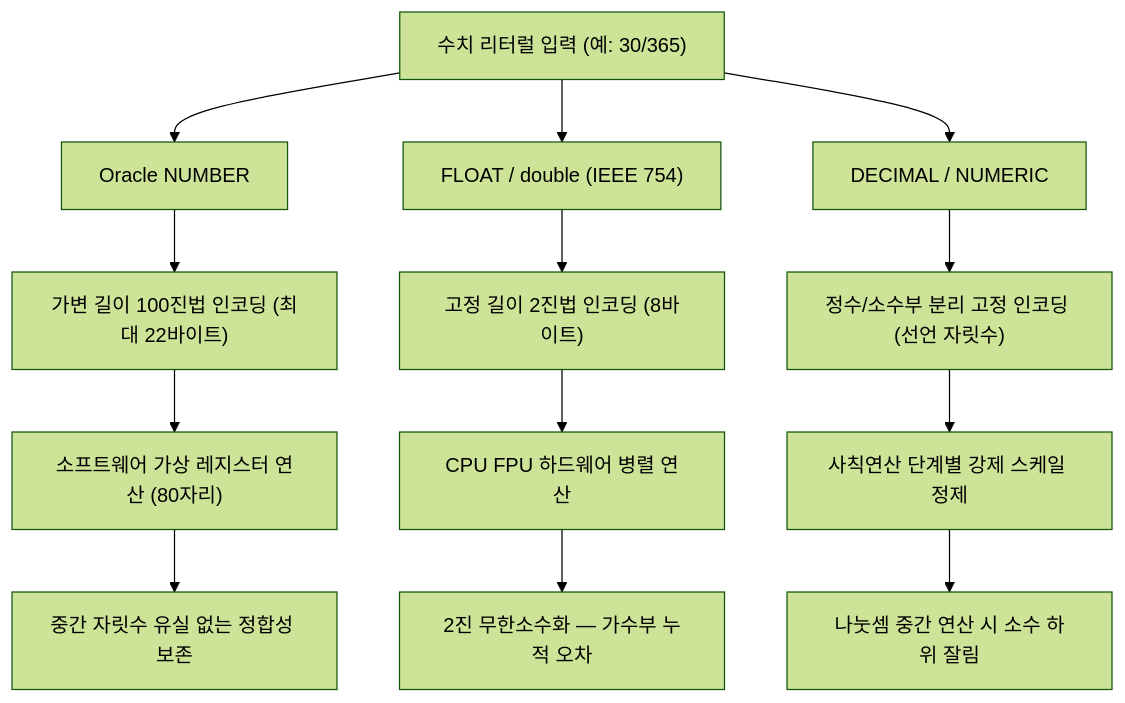
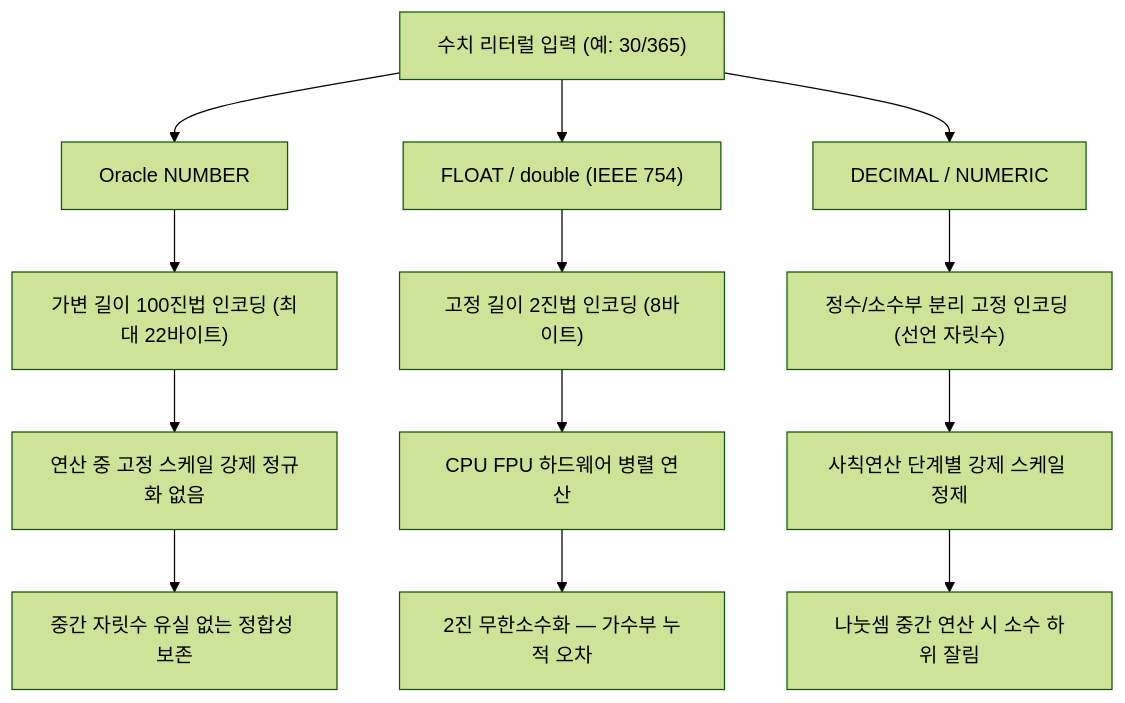
One commit to hajekim/hajekim.github.io changed the second of 2 diagrams in _posts/2026-06-02-financial-settlement-db-precision-guide.md. Above: the diagram before and after it, drawn with Mermaid (forest theme). The commit also changed other lines of this file, not shown here.

````diff
--- a/_posts/2026-06-02-financial-settlement-db-precision-guide.md
+++ b/_posts/2026-06-02-financial-settlement-db-precision-guide.md
@@ -271,18 +264,18 @@
 ```mermaid
 graph TD
     Input["수치 리터럴 입력 (예: 30/365)"] --> Oracle["Oracle NUMBER"]
     Input --> Binary["FLOAT / double (IEEE 754)"]
     Input --> Decimal["DECIMAL / NUMERIC"]
 
     Oracle --> OraclePhys["가변 길이 100진법 인코딩 (최대 22바이트)"]
     Binary --> BinaryPhys["고정 길이 2진법 인코딩 (8바이트)"]
     Decimal --> DecimalPhys["정수/소수부 분리 고정 인코딩 (선언 자릿수)"]
 
-    OraclePhys --> Software["소프트웨어 가상 레지스터 연산 (80자리)"]
+    OraclePhys --> Software["연산 중 고정 스케일 강제 정규화 없음"]
     BinaryPhys --> FPU["CPU FPU 하드웨어 병렬 연산"]
     DecimalPhys --> Premature["사칙연산 단계별 강제 스케일 정제"]
 
     Software --> OracleResult["중간 자릿수 유실 없는 정합성 보존"]
     FPU --> BinaryResult["2진 무한소수화 — 가수부 누적 오차"]
     Premature --> DecimalResult["나눗셈 중간 연산 시 소수 하위 잘림"]
 ```
````
